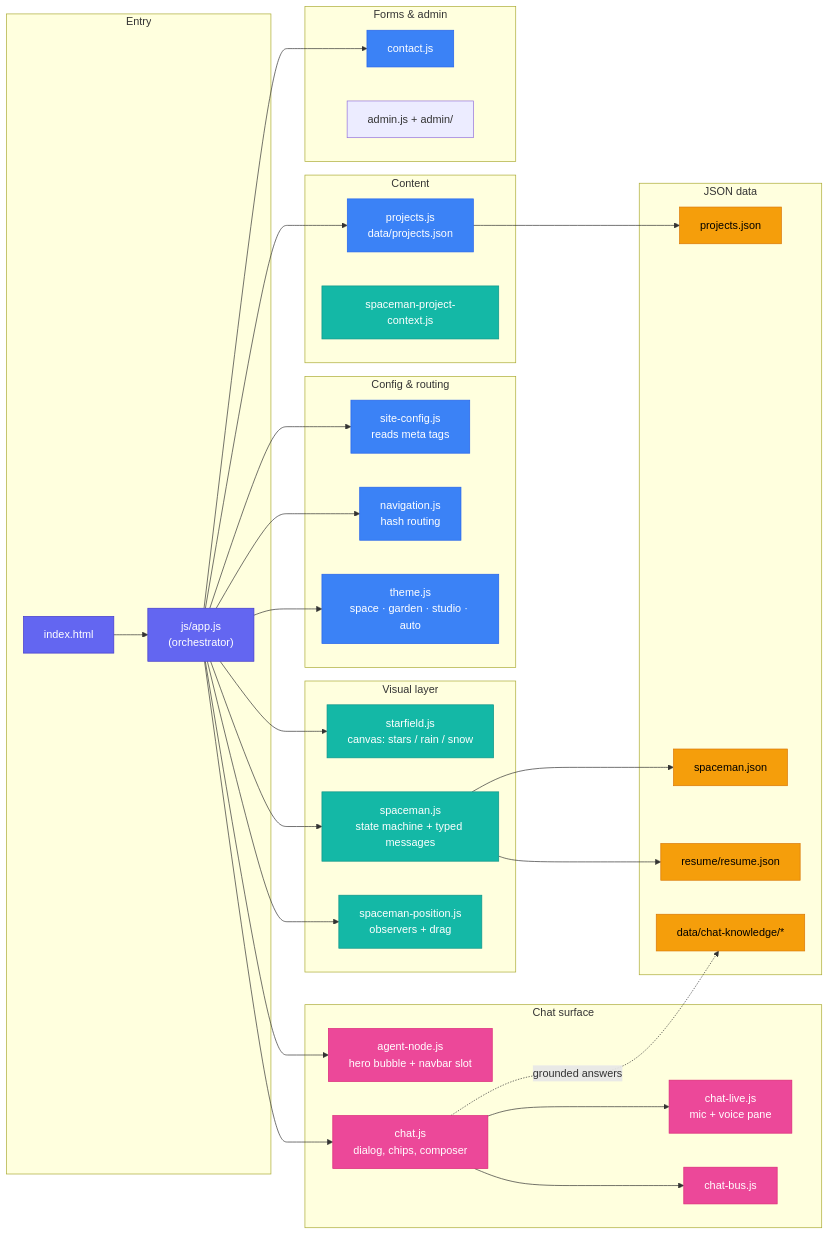
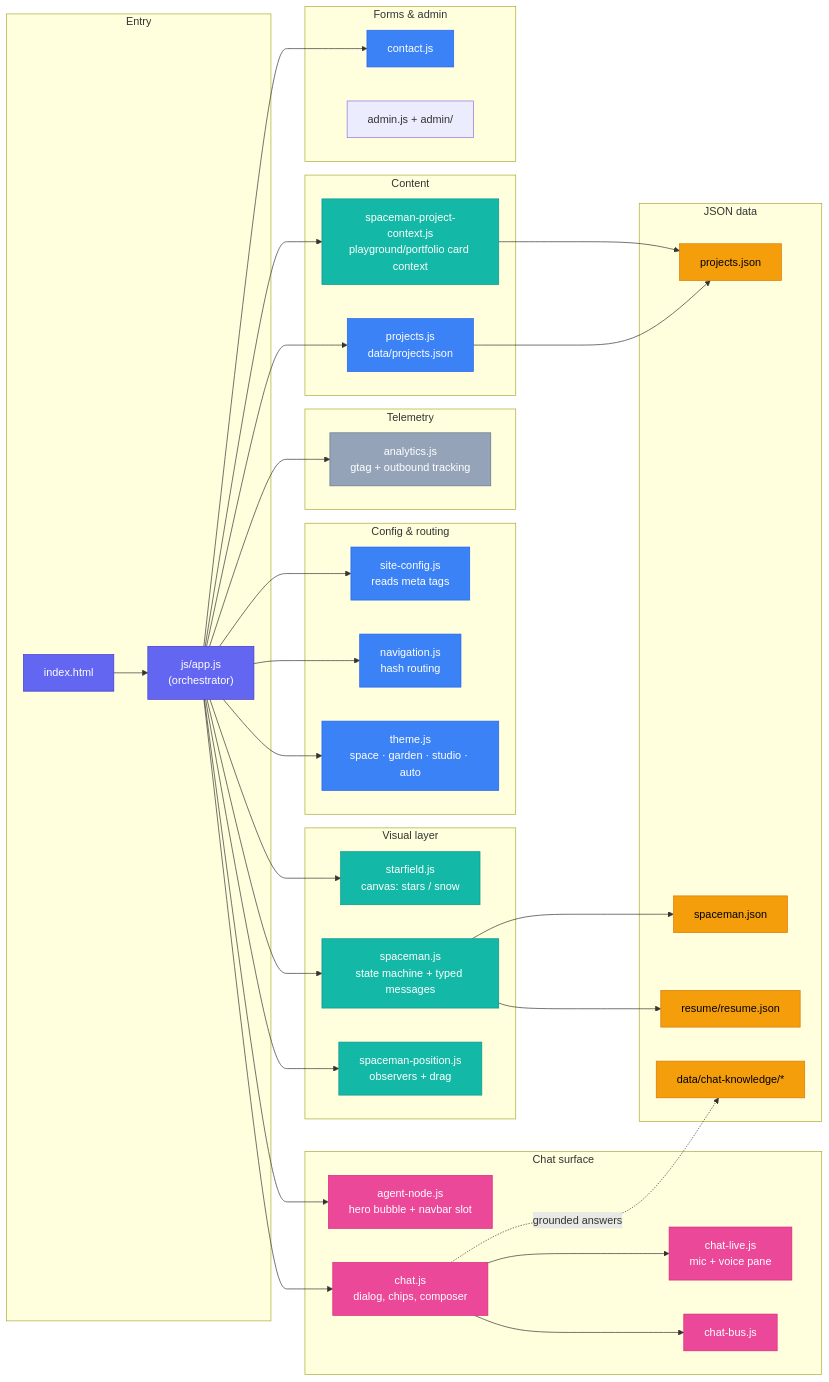
One commit to geda0/gvp changed the second of 7 diagrams in docs/architecture.md. Above: the diagram before and after it, drawn with Mermaid. The commit also changed other lines of this file and 4 other files, not shown here.

````diff
--- a/docs/architecture.md
+++ b/docs/architecture.md
@@ -112,62 +112,69 @@
 ```mermaid
 flowchart LR
     subgraph Entry["Entry"]
         HTML["index.html"]
         APP["js/app.js<br/>(orchestrator)"]
     end
 
     subgraph Config["Config & routing"]
         SC["site-config.js<br/>reads meta tags"]
         NAV["navigation.js<br/>hash routing"]
         THEME["theme.js<br/>space · garden · studio · auto"]
     end
 
     subgraph Visual["Visual layer"]
-        SF["starfield.js<br/>canvas: stars / rain / snow"]
+        SF["starfield.js<br/>canvas: stars / snow"]
         SP["spaceman.js<br/>state machine + typed messages"]
         SPP["spaceman-position.js<br/>observers + drag"]
     end
 
+    subgraph Telemetry["Telemetry"]
+        AN_JS["analytics.js<br/>gtag + outbound tracking"]
+    end
+
     subgraph Content["Content"]
         PROJ["projects.js<br/>data/projects.json"]
-        SPC["spaceman-project-context.js"]
+        SPC["spaceman-project-context.js<br/>playground/portfolio card context"]
     end
 
     subgraph ChatUI["Chat surface"]
         AN["agent-node.js<br/>hero bubble + navbar slot"]
         CH["chat.js<br/>dialog, chips, composer"]
         CL["chat-live.js<br/>mic + voice pane"]
         CB["chat-bus.js"]
     end
 
     subgraph Forms["Forms & admin"]
         CF["contact.js"]
         ADM["admin.js + admin/"]
     end
 
     subgraph Data["JSON data"]
         PJ["projects.json"]
         SM["spaceman.json"]
         RS["resume/resume.json"]
         CK["data/chat-knowledge/*"]
     end
 
     HTML --> APP
-    APP --> SC & NAV & THEME & SF & SP & SPP & PROJ & CF & CH & AN
+    APP --> SC & NAV & THEME & SF & SP & SPP & PROJ & SPC & CF & CH & AN & AN_JS
     CH --> CL & CB
     SP --> SM & RS
     PROJ --> PJ
+    SPC --> PJ
     CH -.->|"grounded answers"| CK
 
     classDef entry fill:#6366F1,stroke:#4338CA,color:#fff
     classDef core fill:#3B82F6,stroke:#2563EB,color:#fff
     classDef visual fill:#14B8A6,stroke:#0D9488,color:#fff
     classDef chat fill:#EC4899,stroke:#DB2777,color:#fff
     classDef data fill:#F59E0B,stroke:#D97706,color:#000
+    classDef tel fill:#94A3B8,stroke:#64748B,color:#fff
 
     class HTML,APP entry
     class SC,NAV,THEME,PROJ,CF core
     class SF,SP,SPP,SPC visual
     class AN,CH,CL,CB chat
     class PJ,SM,RS,CK data
+    class AN_JS tel
 ```
````
